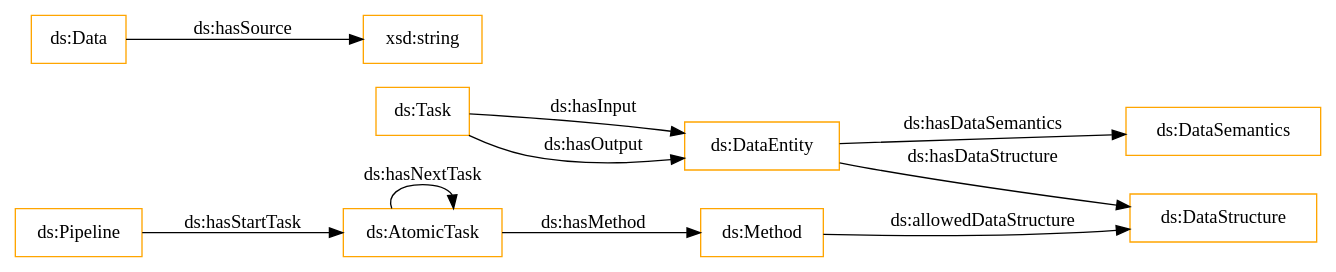
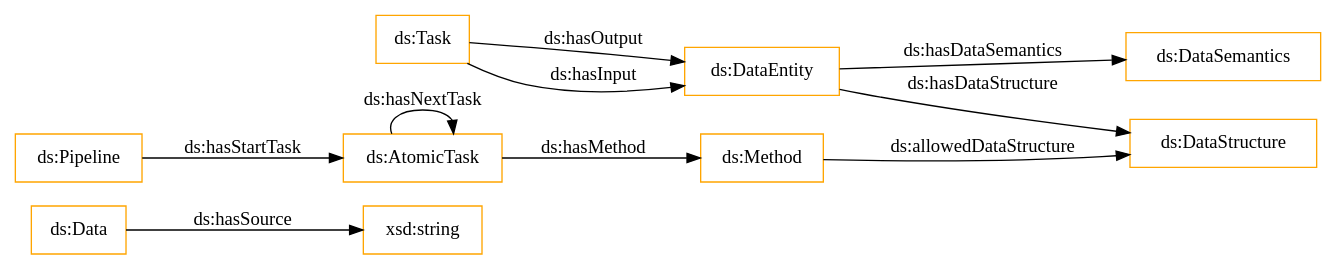
The diagram in OnToology/ds_exeKGOntology.ttl/diagrams/ar2dtool-class/ds_exeKGOntology.ttl.png.dot (nsai-uio/ExeKGOntology), drawn with Graphviz before and after one commit. The commit also changed 12 other files, not shown here.

```diff
--- a/OnToology/ds_exeKGOntology.ttl/diagrams/ar2dtool-class/ds_exeKGOntology.ttl.png.dot
+++ b/OnToology/ds_exeKGOntology.ttl/diagrams/ar2dtool-class/ds_exeKGOntology.ttl.png.dot
@@ -1,15 +1,15 @@
 digraph ar2dtool_diagram { 
 rankdir=LR;
 size="1501"
-node [shape = rectangle, color="orange"]; "ds:Method" "ds:DataSemantics" "ds:DataStructure" "ds:Pipeline" "ds:DataEntity" "ds:AtomicTask" "ds:Data" "ds:Task" ; /*classes style*/
+node [shape = rectangle, color="orange"]; "ds:Data" "ds:Method" "ds:Pipeline" "ds:Task" "ds:DataSemantics" "ds:DataStructure" "ds:AtomicTask" "ds:DataEntity" ; /*classes style*/
+	"ds:DataEntity" -> "ds:DataSemantics" [ label = "ds:hasDataSemantics" ];
+	"ds:Task" -> "ds:DataEntity" [ label = "ds:hasOutput" ];
+	"ds:Data" -> "xsd:string" [ label = "ds:hasSource" ];
 	"ds:AtomicTask" -> "ds:Method" [ label = "ds:hasMethod" ];
+	"ds:Task" -> "ds:DataEntity" [ label = "ds:hasInput" ];
+	"ds:Method" -> "ds:DataStructure" [ label = "ds:allowedDataStructure" ];
+	"ds:AtomicTask" -> "ds:AtomicTask" [ label = "ds:hasNextTask" ];
+	"ds:DataEntity" -> "ds:DataStructure" [ label = "ds:hasDataStructure" ];
 	"ds:Pipeline" -> "ds:AtomicTask" [ label = "ds:hasStartTask" ];
-	"ds:Data" -> "xsd:string" [ label = "ds:hasSource" ];
-	"ds:DataEntity" -> "ds:DataSemantics" [ label = "ds:hasDataSemantics" ];
-	"ds:Method" -> "ds:DataStructure" [ label = "ds:allowedDataStructure" ];
-	"ds:Task" -> "ds:DataEntity" [ label = "ds:hasInput" ];
-	"ds:DataEntity" -> "ds:DataStructure" [ label = "ds:hasDataStructure" ];
-	"ds:AtomicTask" -> "ds:AtomicTask" [ label = "ds:hasNextTask" ];
-	"ds:Task" -> "ds:DataEntity" [ label = "ds:hasOutput" ];
 
 }
```
